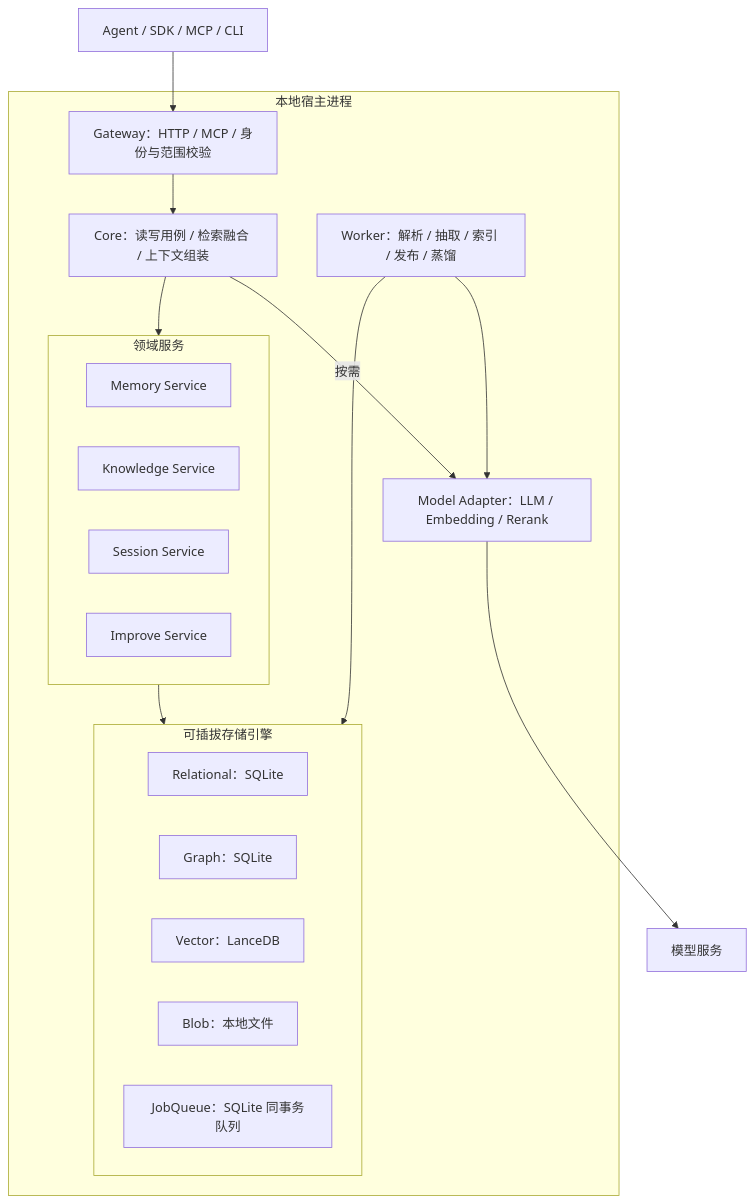
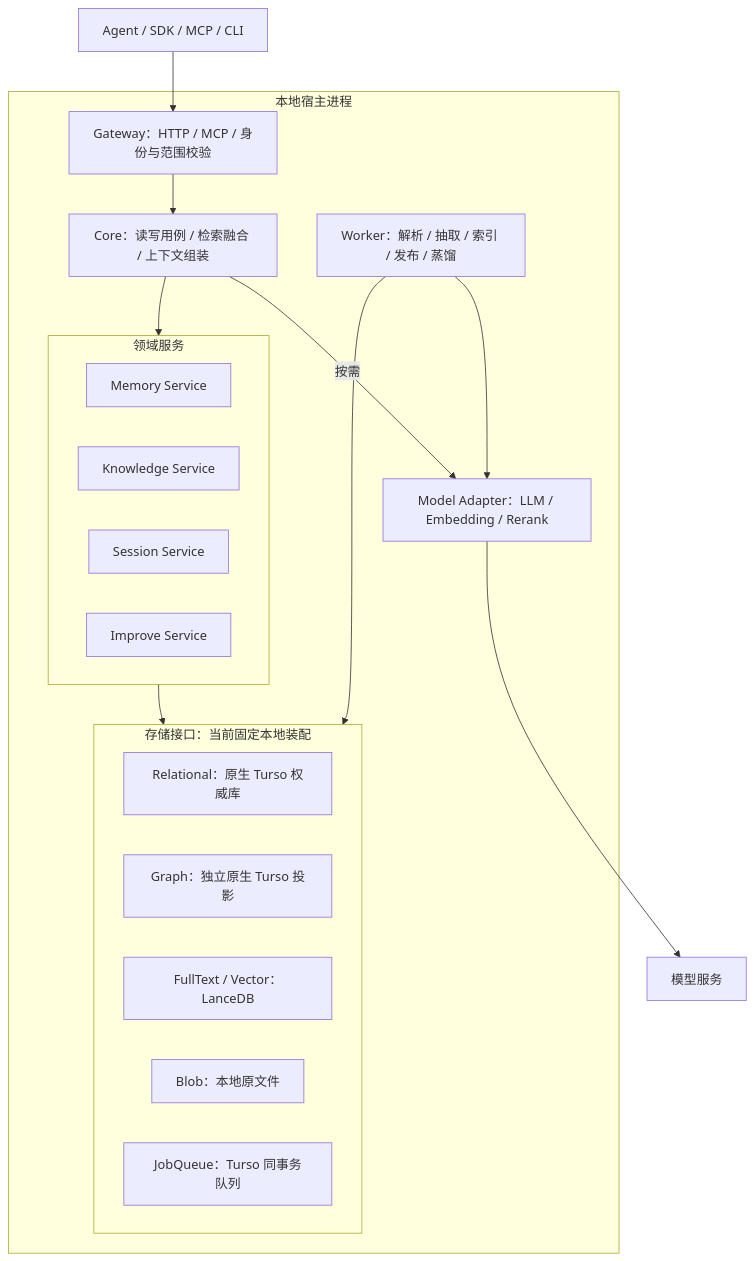
Before and after one commit to TheLudlows/Origence: the diagram in docs/superpowers/specs/2026-09-22-memory-knowledge-platform-design.md, drawn with Mermaid. The commit also changed other lines of this file and 10 other files, not shown here.

Commit message:
docs: consolidate current Turso architecture and preserve history

````diff
--- a/docs/superpowers/specs/2026-09-22-memory-knowledge-platform-design.md
+++ b/docs/superpowers/specs/2026-09-22-memory-knowledge-platform-design.md
@@ -68,33 +68,33 @@
 ```mermaid
 flowchart TB
     Agent[Agent / SDK / MCP / CLI]
     subgraph Host[本地宿主进程]
         Gateway[Gateway：HTTP / MCP / 身份与范围校验]
         Core[Core：读写用例 / 检索融合 / 上下文组装]
         subgraph Domain[领域服务]
             Memory[Memory Service]
             Knowledge[Knowledge Service]
             Session[Session Service]
             Improve[Improve Service]
         end
-        subgraph Engine[可插拔存储引擎]
-            Rel[Relational：SQLite]
-            Graph[Graph：SQLite]
-            Vec[Vector：LanceDB]
-            Blob[Blob：本地文件]
-            Queue[JobQueue：SQLite 同事务队列]
+        subgraph Engine[存储接口：当前固定本地装配]
+            Rel[Relational：原生 Turso 权威库]
+            Graph[Graph：独立原生 Turso 投影]
+            Vec[FullText / Vector：LanceDB]
+            Blob[Blob：本地原文件]
+            Queue[JobQueue：Turso 同事务队列]
         end
         Worker[Worker：解析 / 抽取 / 索引 / 发布 / 蒸馏]
         Models[Model Adapter：LLM / Embedding / Rerank]
     end
     Providers[模型服务]
 
     Agent --> Gateway
     Gateway --> Core
     Core --> Domain
     Domain --> Engine
     Worker --> Engine
     Worker --> Models
     Core -->|按需| Models
     Models --> Providers
 ```
````
